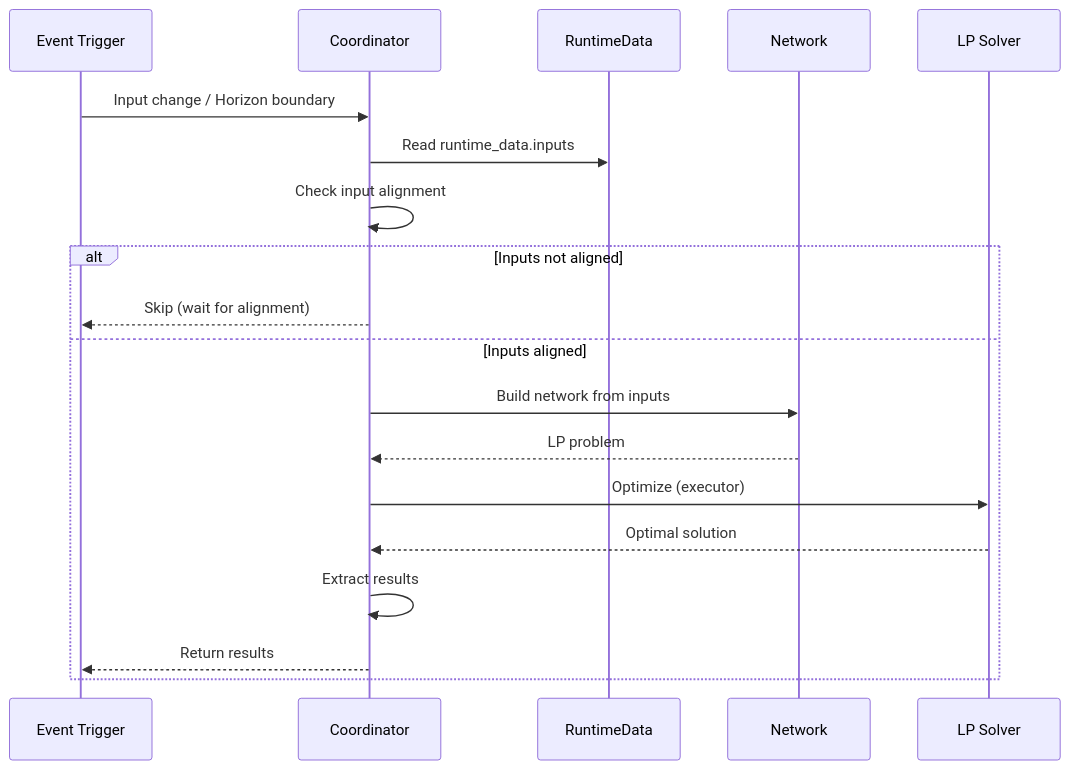
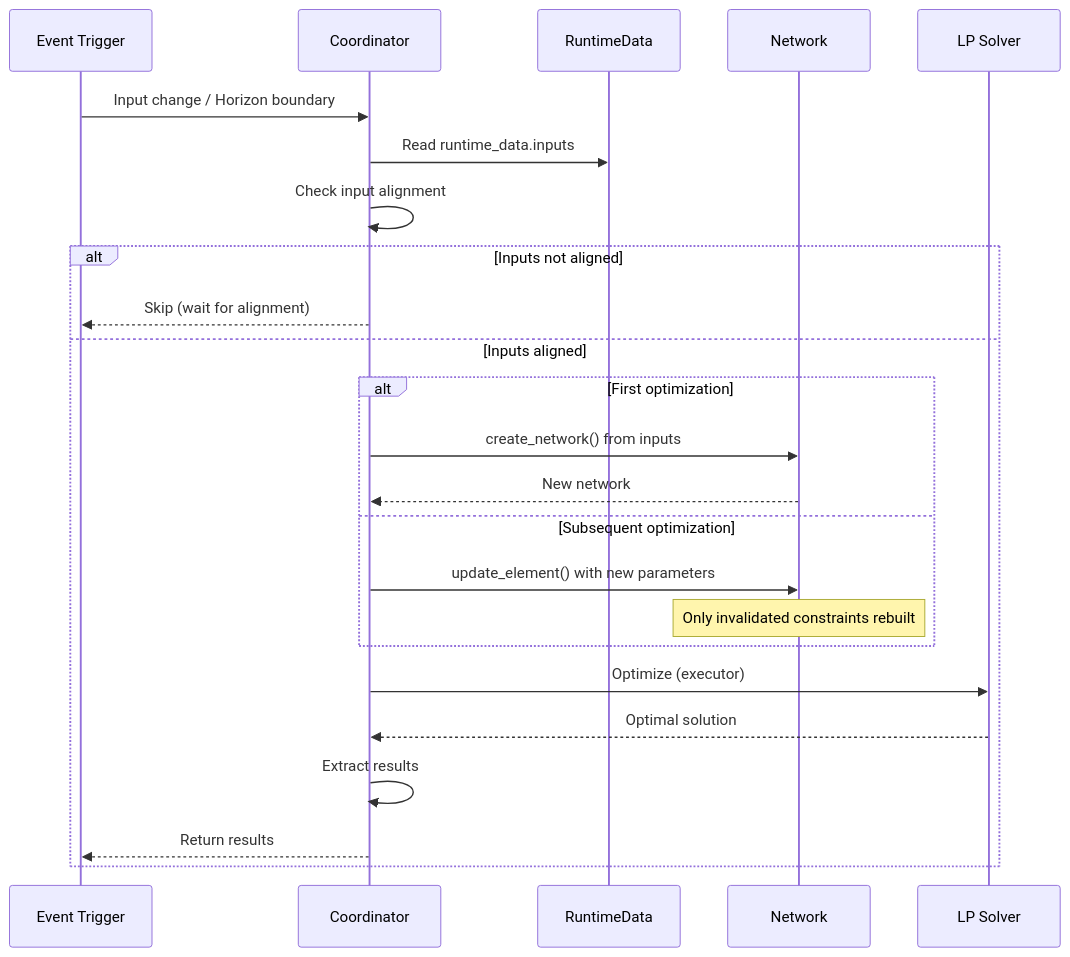
The first of 2 diagrams in docs/developer-guide/coordinator.md (hass-energy/haeo), drawn with Mermaid before and after one commit. The commit also changed other lines of this file and 8 other files, not shown here.

````diff
--- a/docs/developer-guide/coordinator.md
+++ b/docs/developer-guide/coordinator.md
@@ -36,22 +38,27 @@
 ```mermaid
 sequenceDiagram
     participant Trigger as Event Trigger
     participant C as Coordinator
     participant RD as RuntimeData
     participant N as Network
     participant LP as LP Solver
 
     Trigger->>C: Input change / Horizon boundary
     C->>RD: Read runtime_data.inputs
     C->>C: Check input alignment
     alt Inputs not aligned
         C-->>Trigger: Skip (wait for alignment)
     else Inputs aligned
-        C->>N: Build network from inputs
-        N-->>C: LP problem
+        alt First optimization
+            C->>N: create_network() from inputs
+            N-->>C: New network
+        else Subsequent optimization
+            C->>N: update_element() with new parameters
+            Note over N: Only invalidated constraints rebuilt
+        end
         C->>LP: Optimize (executor)
         LP-->>C: Optimal solution
         C->>C: Extract results
         C-->>Trigger: Return results
     end
 ```
````
